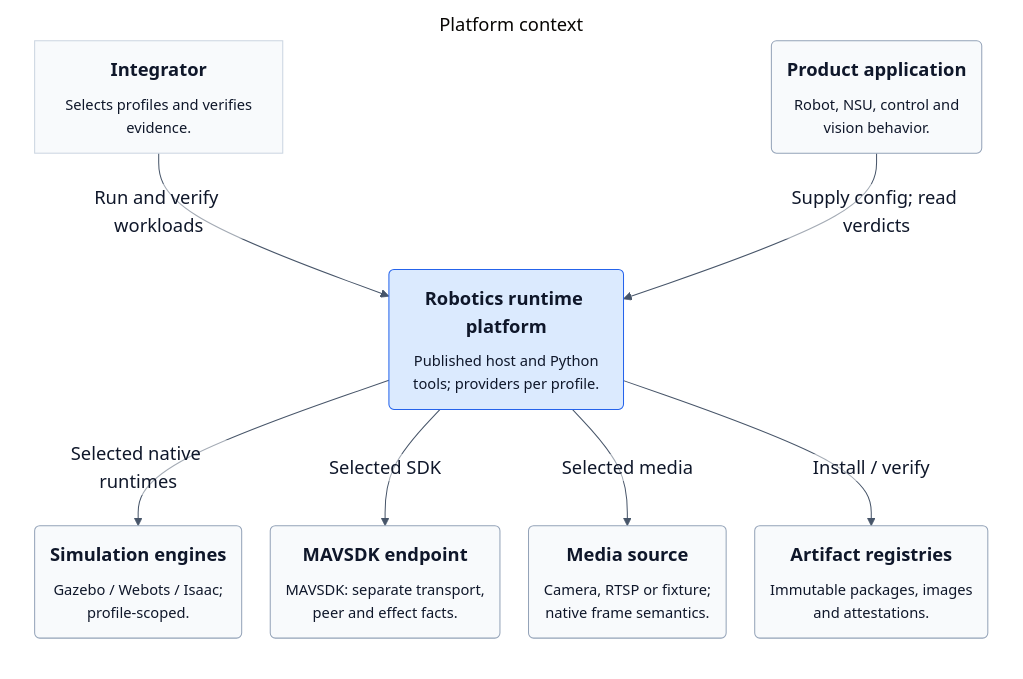
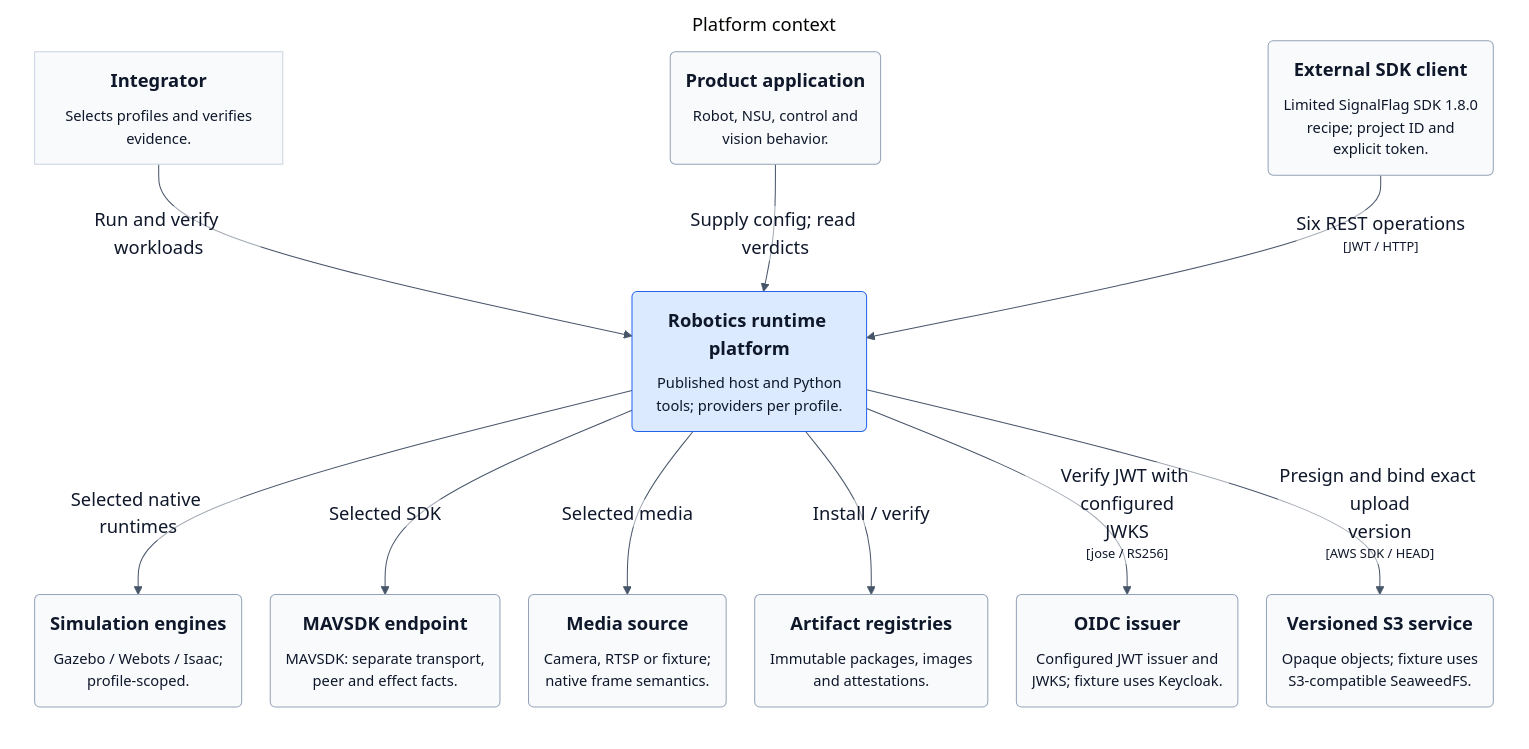
Before and after one commit to mmkolpakov/robotics-runtime: the second of 2 diagrams in README.md, drawn with Mermaid. The commit also changed other lines of this file and 15 other files, not shown here.

Commit message:
Document the limited external Test API recipe

````diff
--- a/README.md
+++ b/README.md
@@ -115,32 +135,41 @@
 ```mermaid
 %%{init: {"theme":"base","themeVariables":{"fontFamily":"Arial, Segoe UI, sans-serif","fontSize":"18px","primaryTextColor":"#0f172a","lineColor":"#475569","edgeLabelBackground":"#ffffff","clusterBkg":"#f8fafc","clusterBorder":"#94a3b8","primaryColor":"#eff6ff","primaryBorderColor":"#64748b","secondaryColor":"#f1f5f9","tertiaryColor":"#f8fafc","noteBkgColor":"#fff7ed","noteBorderColor":"#b45309","noteTextColor":"#0f172a"},"flowchart":{"curve":"basis","htmlLabels":true,"nodeSpacing":28,"rankSpacing":35,"useMaxWidth":false},"sequence":{"useMaxWidth":false,"actorMargin":35,"width":165,"wrap":true,"noteMargin":10},"state":{"useMaxWidth":false}}}%%
 graph LR
   linkStyle default fill:#ffffff
 
   subgraph diagram ["Platform context"]
     style diagram fill:#ffffff,stroke:#ffffff
 
     1["<div style='font-weight: bold'>Integrator</div><div style='font-size: 80%; margin-top:10px'>Selects profiles and verifies<br />evidence.</div>"]
     style 1 fill:#f8fafc,stroke:#cbd5e1,color:#0f172a
+    17("<div style='font-weight: bold'>External SDK client</div><div style='font-size: 80%; margin-top:10px'>Limited SignalFlag SDK 1.8.0<br />recipe; project ID and<br />explicit token.</div>")
+    style 17 fill:#f8fafc,stroke:#94a3b8,color:#0f172a
+    18("<div style='font-weight: bold'>OIDC issuer</div><div style='font-size: 80%; margin-top:10px'>Configured JWT issuer and<br />JWKS; fixture uses Keycloak.</div>")
+    style 18 fill:#f8fafc,stroke:#94a3b8,color:#0f172a
+    19("<div style='font-weight: bold'>Versioned S3 service</div><div style='font-size: 80%; margin-top:10px'>Opaque objects; fixture uses<br />S3-compatible SeaweedFS.</div>")
+    style 19 fill:#f8fafc,stroke:#94a3b8,color:#0f172a
     2("<div style='font-weight: bold'>Product application</div><div style='font-size: 80%; margin-top:10px'>Robot, NSU, control and<br />vision behavior.</div>")
     style 2 fill:#f8fafc,stroke:#94a3b8,color:#0f172a
     3("<div style='font-weight: bold'>Simulation engines</div><div style='font-size: 80%; margin-top:10px'>Gazebo / Webots / Isaac;<br />profile-scoped.</div>")
     style 3 fill:#f8fafc,stroke:#94a3b8,color:#0f172a
     4("<div style='font-weight: bold'>MAVSDK endpoint</div><div style='font-size: 80%; margin-top:10px'>MAVSDK: separate transport,<br />peer and effect facts.</div>")
     style 4 fill:#f8fafc,stroke:#94a3b8,color:#0f172a
     5("<div style='font-weight: bold'>Media source</div><div style='font-size: 80%; margin-top:10px'>Camera, RTSP or fixture;<br />native frame semantics.</div>")
     style 5 fill:#f8fafc,stroke:#94a3b8,color:#0f172a
     6("<div style='font-weight: bold'>Artifact registries</div><div style='font-size: 80%; margin-top:10px'>Immutable packages, images<br />and attestations.</div>")
     style 6 fill:#f8fafc,stroke:#94a3b8,color:#0f172a
     7("<div style='font-weight: bold'>Robotics runtime platform</div><div style='font-size: 80%; margin-top:10px'>Published host and Python<br />tools; providers per profile.</div>")
     style 7 fill:#dbeafe,stroke:#2563eb,color:#0f172a
 
     1-- "<div>Run and verify workloads</div><div style='font-size: 70%'></div>" -->7
     2-- "<div>Supply config; read verdicts</div><div style='font-size: 70%'></div>" -->7
     7-- "<div>Selected native runtimes</div><div style='font-size: 70%'></div>" -->3
     7-- "<div>Selected SDK</div><div style='font-size: 70%'></div>" -->4
     7-- "<div>Selected media</div><div style='font-size: 70%'></div>" -->5
     7-- "<div>Install / verify</div><div style='font-size: 70%'></div>" -->6
+    17-- "<div>Six REST operations</div><div style='font-size: 70%'>[JWT / HTTP]</div>" -->7
+    7-- "<div>Verify JWT with configured<br />JWKS</div><div style='font-size: 70%'>[jose / RS256]</div>" -->18
+    7-- "<div>Presign and bind exact upload<br />version</div><div style='font-size: 70%'>[AWS SDK / HEAD]</div>" -->19
 
   end
 ```
````
